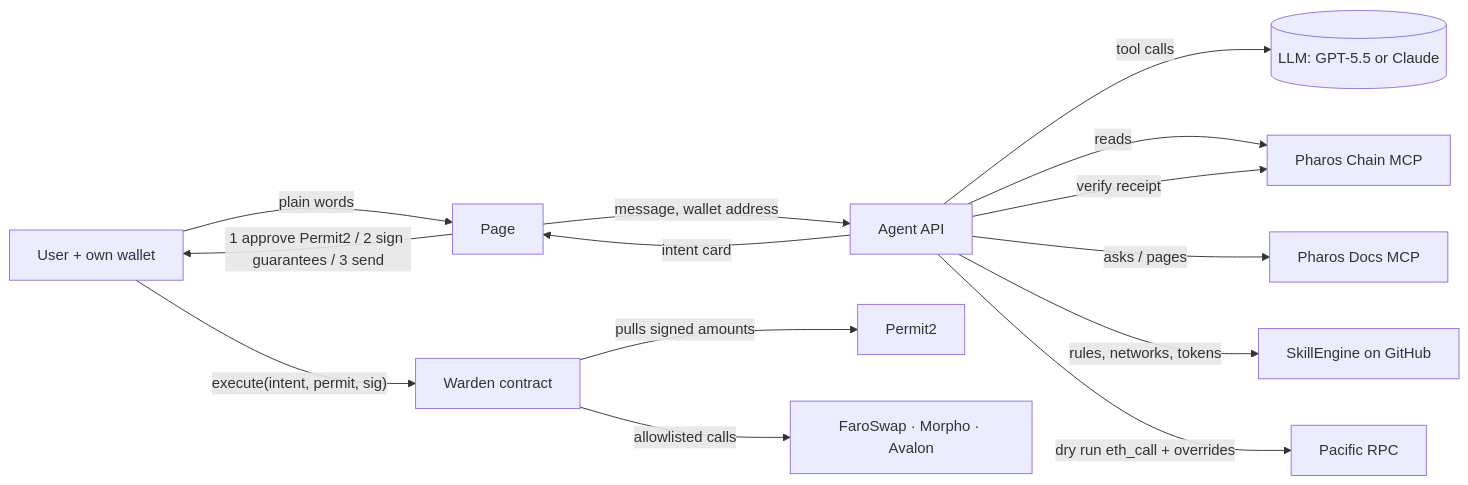
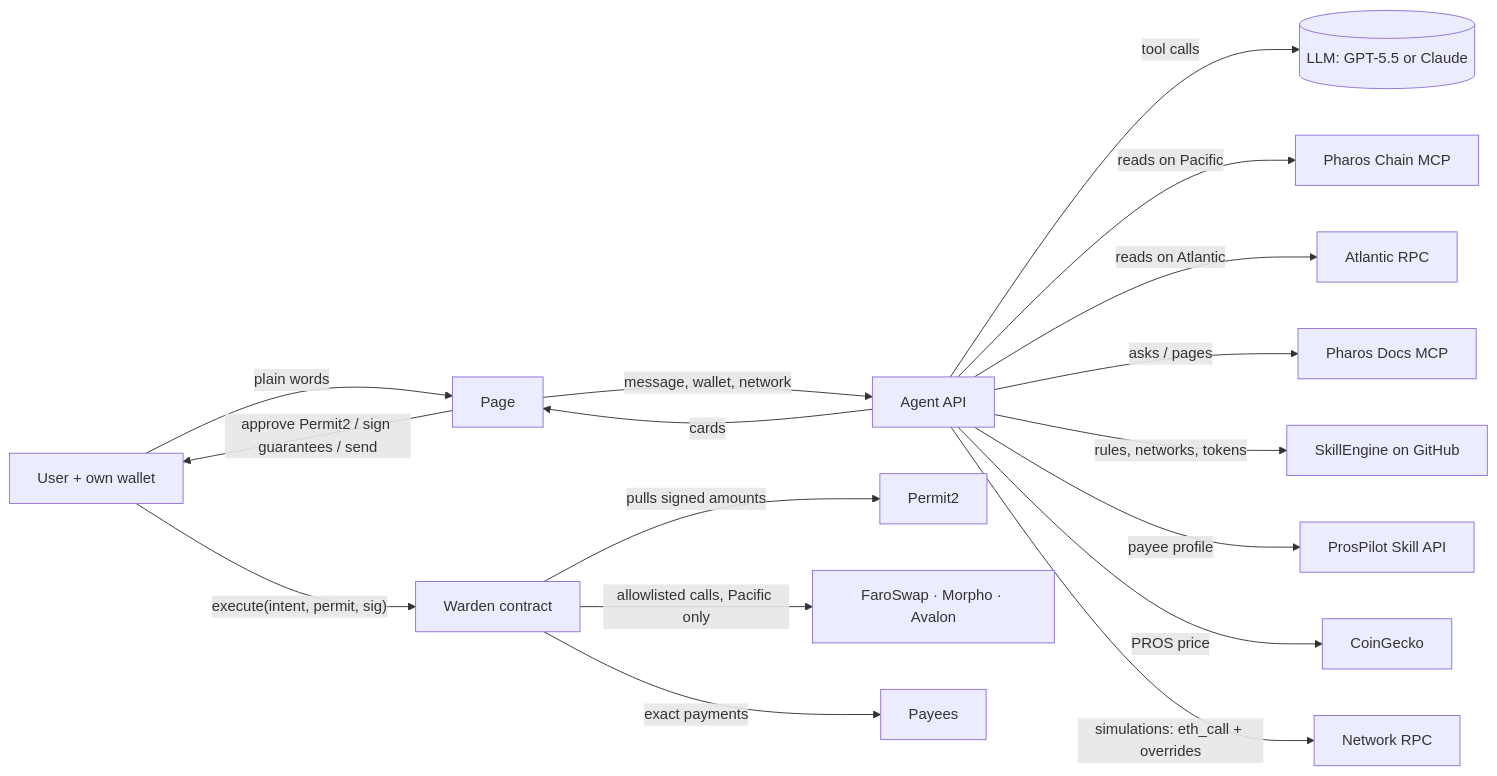
Before and after one commit to juhzinho/pharos-warden: the diagram in docs/ARCHITECTURE.md, drawn with Mermaid. The commit also changed other lines of this file and 31 other files, not shown here.

First line of the commit message:
Two networks, ProsPilot's safety skills with real simulation, batch payments

````diff
--- a/docs/ARCHITECTURE.md
+++ b/docs/ARCHITECTURE.md
@@ -5,16 +5,19 @@
 ```mermaid
 flowchart LR
   U[User + own wallet] -- plain words --> P[Page]
-  P -- message, wallet address --> A[Agent API]
+  P -- message, wallet, network --> A[Agent API]
   A -- tool calls --> M[(LLM: GPT-5.5 or Claude)]
-  A -- reads --> C[Pharos Chain MCP]
+  A -- reads on Pacific --> C[Pharos Chain MCP]
+  A -- reads on Atlantic --> RA[Atlantic RPC]
   A -- asks / pages --> D[Pharos Docs MCP]
   A -- rules, networks, tokens --> S[SkillEngine on GitHub]
-  A -- dry run eth_call + overrides --> R[Pacific RPC]
-  A -- intent card --> P
-  P -- 1 approve Permit2 / 2 sign guarantees / 3 send --> U
+  A -- payee profile --> PP[ProsPilot Skill API]
+  A -- PROS price --> CG[CoinGecko]
+  A -- simulations: eth_call + overrides --> R[Network RPC]
+  A -- cards --> P
+  P -- approve Permit2 / sign guarantees / send --> U
   U -- execute(intent, permit, sig) --> W[Warden contract]
   W -- pulls signed amounts --> P2[Permit2]
-  W -- allowlisted calls --> X[FaroSwap · Morpho · Avalon]
-  A -- verify receipt --> C
+  W -- allowlisted calls, Pacific only --> X[FaroSwap · Morpho · Avalon]
+  W -- exact payments --> Y[Payees]
 ```
````
